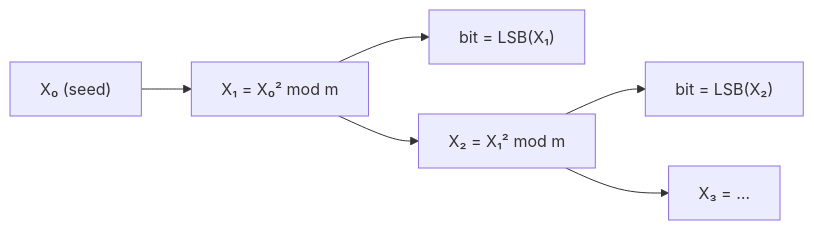
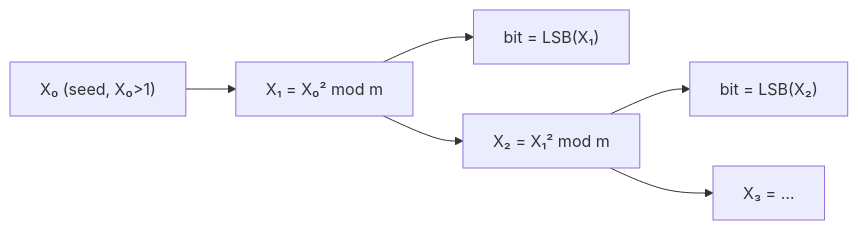
One commit to MatuskaDev/CTU-KAB-Study-Material changed the second of 2 diagrams in docs/skripta/09-klice.md. Above: the diagram before and after it, drawn with Mermaid. The commit also changed other lines of this file and 277 other files, not shown here.

````diff
--- a/docs/skripta/09-klice.md
+++ b/docs/skripta/09-klice.md
@@ -149,6 +402,6 @@
 ```mermaid
 flowchart LR
-    S["X₀ (seed)"] --> S1["X₁ = X₀² mod m"] --> B1["bit = LSB(X₁)"]
+    S["X₀ (seed, X₀>1)"] --> S1["X₁ = X₀² mod m"] --> B1["bit = LSB(X₁)"]
     S1 --> S2["X₂ = X₁² mod m"] --> B2["bit = LSB(X₂)"]
     S2 --> S3["X₃ = …"]
 ```
````
